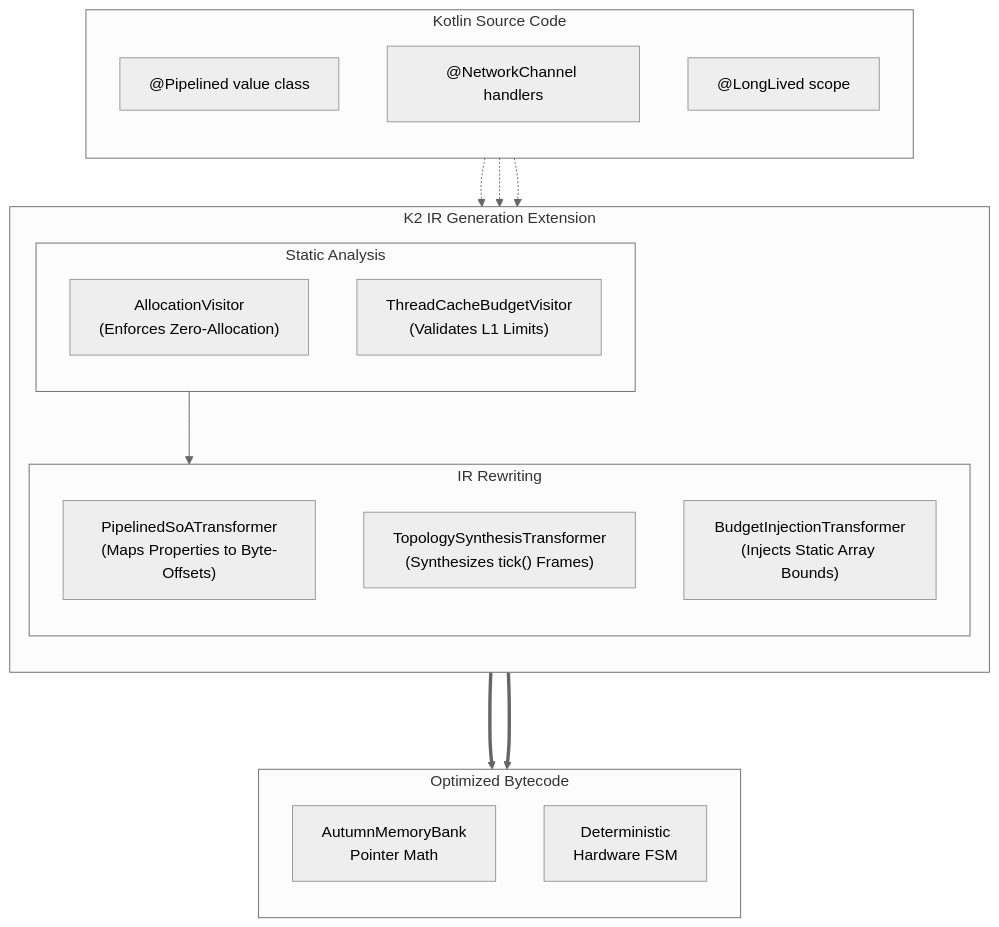
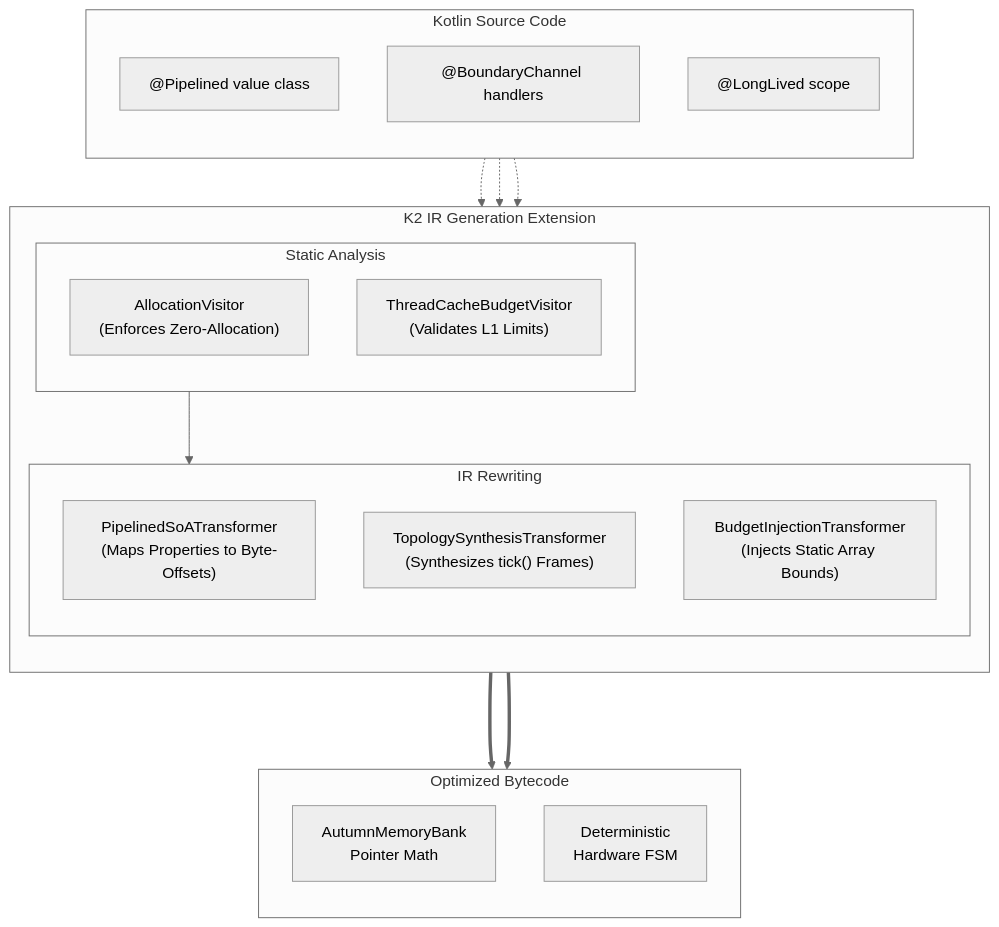
The diagram in autumn-compiler-plugin/README.md (alchevrier/autumn), drawn with Mermaid (neutral theme) before and after one commit. The commit also changed other lines of this file and 20 other files, not shown here.

Commit message:
refactor: rename NetworkChannel to BoundaryChannel matching thermal dynamics taxonomy

````diff
--- a/autumn-compiler-plugin/README.md
+++ b/autumn-compiler-plugin/README.md
@@ -13,39 +13,39 @@
 ```mermaid
 graph TD
     subgraph Frontend ["Kotlin Source Code"]
         direction TB
         Src1["@Pipelined value class"]
-        Src2["@NetworkChannel handlers"]
+        Src2["@BoundaryChannel handlers"]
         Src3["@LongLived scope"]
     end
     
     subgraph Compiler ["K2 IR Generation Extension"]
         direction TB
         
         subgraph Verification ["Static Analysis"]
             V1["AllocationVisitor<br/>(Enforces Zero-Allocation)"]
             V2["ThreadCacheBudgetVisitor<br/>(Validates L1 Limits)"]
         end
         
         subgraph Synthesis ["IR Rewriting"]
             T1["PipelinedSoATransformer<br/>(Maps Properties to Byte-Offsets)"]
             T2["TopologySynthesisTransformer<br/>(Synthesizes tick() Frames)"]
             T3["BudgetInjectionTransformer<br/>(Injects Static Array Bounds)"]
         end
         
         Verification --> Synthesis
     end
     
     subgraph Backend ["Optimized Bytecode"]
         direction TB
         Out1["AutumnMemoryBank<br/>Pointer Math"]
         Out2["Deterministic<br/>Hardware FSM"]
     end
     
     Src3 -.-> V1
     Src1 -.-> T1
     Src2 -.-> T2
     
     T1 ===> Out1
     T2 ===> Out2
 ```
````
